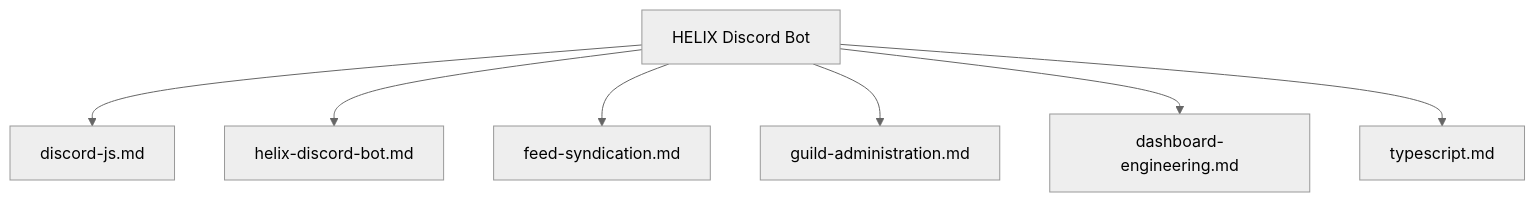
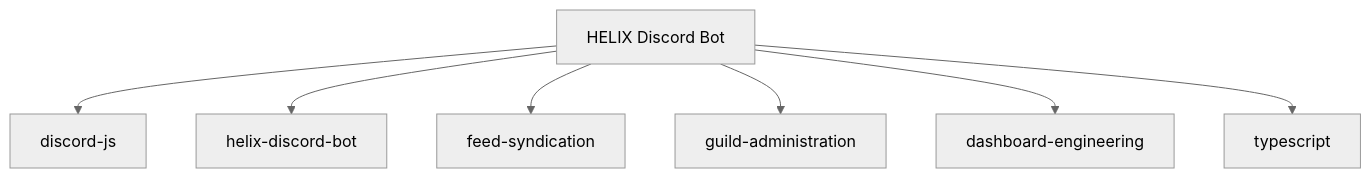
One commit to HELIX-Origin/HELIX-Discord-Bot changed the diagram in .agents/skills/README.md. Above: the diagram before and after it, drawn with Mermaid (neutral theme). The commit also changed other lines of this file and 47 other files, not shown here.

````diff
--- a/.agents/skills/README.md
+++ b/.agents/skills/README.md
@@ -23,9 +23,9 @@
 ```mermaid
 flowchart TD
-    Helix[HELIX Discord Bot] --> Discord[discord-js.md]
-    Helix --> Workflow[helix-discord-bot.md]
-    Helix --> Feeds[feed-syndication.md]
-    Helix --> Admin[guild-administration.md]
-    Helix --> Dashboard[dashboard-engineering.md]
-    Helix --> TS[typescript.md]
+    Helix[HELIX Discord Bot] --> Discord[discord-js]
+    Helix --> Workflow[helix-discord-bot]
+    Helix --> Feeds[feed-syndication]
+    Helix --> Admin[guild-administration]
+    Helix --> Dashboard[dashboard-engineering]
+    Helix --> TS[typescript]
 ```
````
